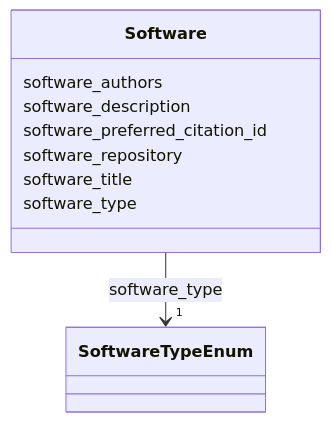
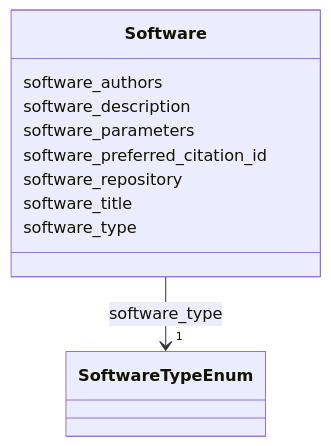
Before and after one commit to strambc/fof-ct-linkml: the diagram in docs/bas/Software.md, drawn with Mermaid. The commit also changed other lines of this file and 187 other files, not shown here.

First line of the commit message:
Align LinkML schema with FOF-CT RTD (review_updates)

````diff
--- a/docs/bas/Software.md
+++ b/docs/bas/Software.md
@@ -23,27 +23,29 @@
 ```mermaid
  classDiagram
     class Software
     click Software href "../Software/"
       Software : software_authors
         
       Software : software_description
+        
+      Software : software_parameters
         
       Software : software_preferred_citation_id
         
       Software : software_repository
         
       Software : software_title
         
       Software : software_type
         
           
     
         
         
         Software --> "1" SoftwareTypeEnum : software_type
         click SoftwareTypeEnum href "../SoftwareTypeEnum/"
     
 
         
       
 ```
````
